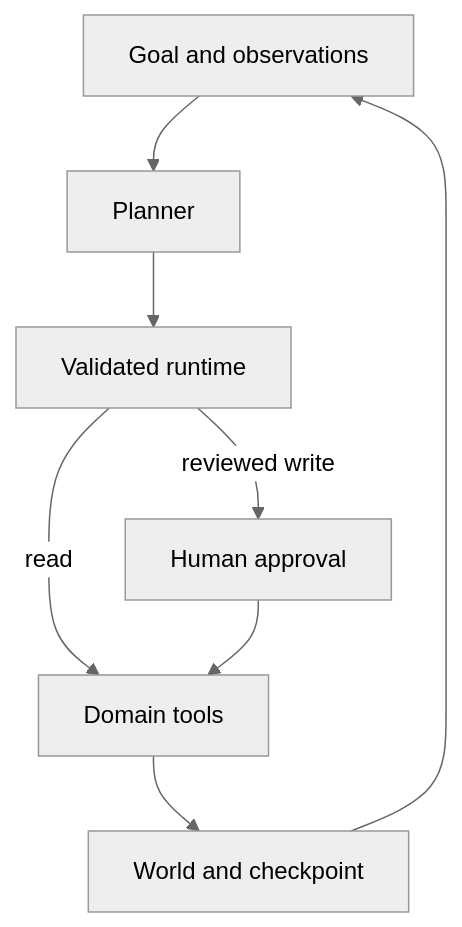
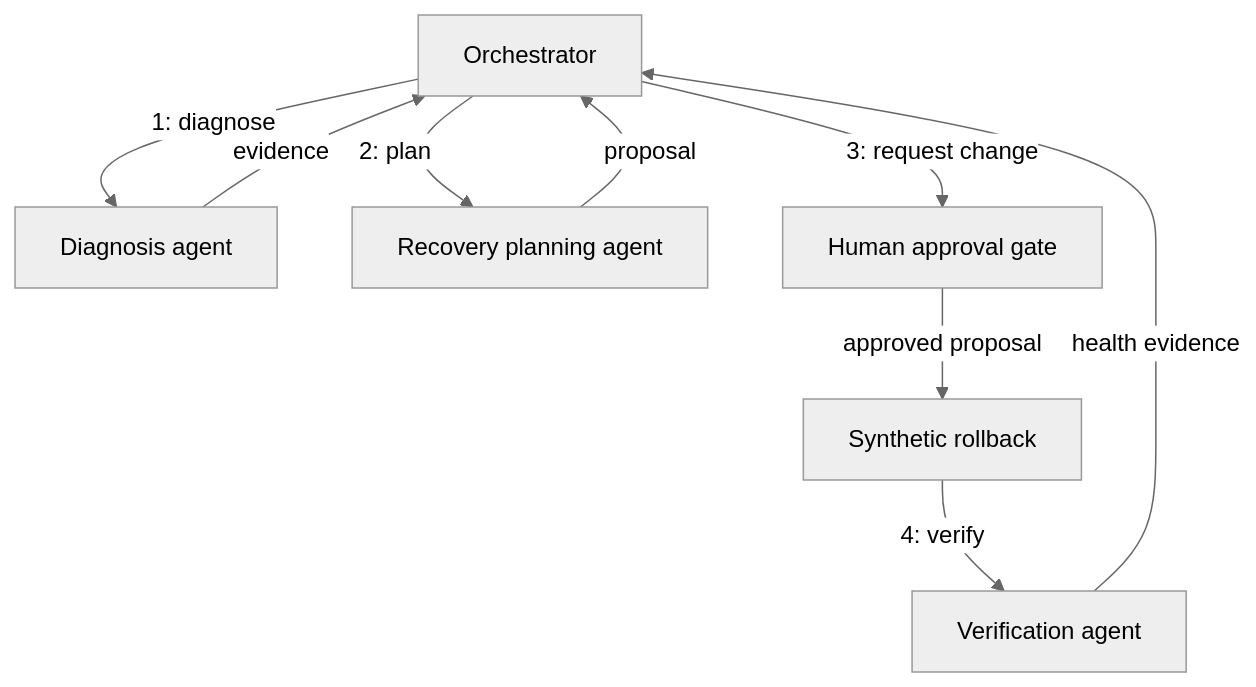
The diagram in README.md (blueRav/relay-ops-agent), drawn with Mermaid (neutral theme) before and after one commit. The commit also changed other lines of this file and 5 other files, not shown here.

Commit message:
Add coordinator and scoped diagnosis, planning, and verification specialist agents (#2)

````diff
--- a/README.md
+++ b/README.md
@@ -46,10 +38,11 @@
 ```mermaid
 flowchart TD
-  Goal["Goal and observations"] --> Planner["Planner"]
-  Planner --> Runtime["Validated runtime"]
-  Runtime -->|read| Tools["Domain tools"]
-  Runtime -->|reviewed write| Approval["Human approval"]
-  Approval --> Tools
-  Tools --> State["World and checkpoint"]
-  State --> Goal
+  Coordinator["Orchestrator"] -->|"1: diagnose"| Diagnosis["Diagnosis agent"]
+  Diagnosis -->|evidence| Coordinator
+  Coordinator -->|"2: plan"| Planner["Recovery planning agent"]
+  Planner -->|proposal| Coordinator
+  Coordinator -->|"3: request change"| Approval["Human approval gate"]
+  Approval -->|approved proposal| Rollback["Synthetic rollback"]
+  Rollback -->|"4: verify"| Verifier["Verification agent"]
+  Verifier -->|health evidence| Coordinator
 ```
````
